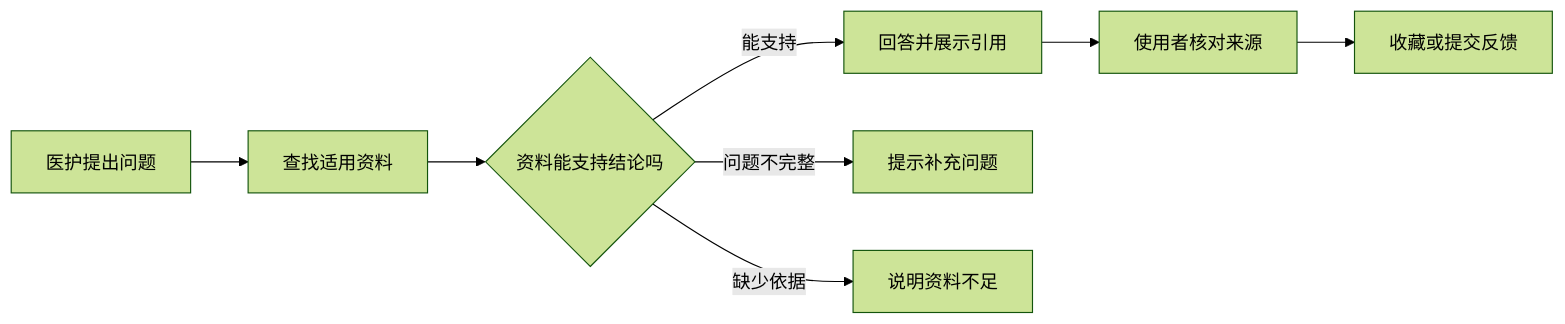
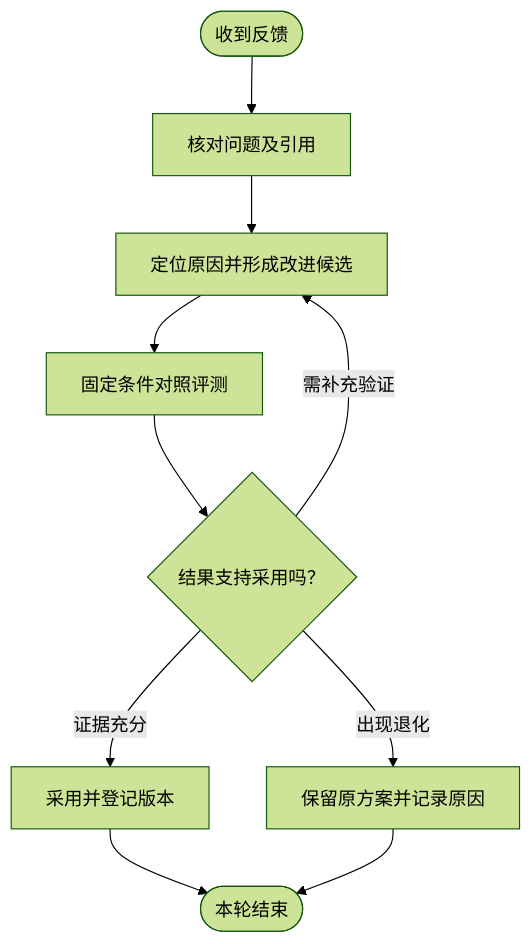
The third of 3 diagrams in README.md (ch1209498273/medical-rag-assistant-showcase), drawn with Mermaid (forest theme) before and after one commit. The commit also changed other lines of this file, not shown here.

Commit message:
docs: diagram product roles, question sequence and review decisions

````diff
--- a/README.md
+++ b/README.md
@@ -40,10 +84,12 @@
 ```mermaid
-flowchart LR
-    A[医护提出问题] --> B[查找适用资料]
-    B --> C{资料能支持结论吗}
-    C -->|能支持| D[回答并展示引用]
-    C -->|问题不完整| E[提示补充问题]
-    C -->|缺少依据| F[说明资料不足]
-    D --> G[使用者核对来源]
-    G --> H[收藏或提交反馈]
+flowchart TD
+    A([收到反馈]) --> B[核对问题及引用]
+    B --> C[定位原因并形成改进候选]
+    C --> D[固定条件对照评测]
+    D --> E{结果支持采用吗？}
+    E -->|证据充分| F[采用并登记版本]
+    E -->|需补充验证| C
+    E -->|出现退化| G[保留原方案并记录原因]
+    F --> H([本轮结束])
+    G --> H
 ```
````
